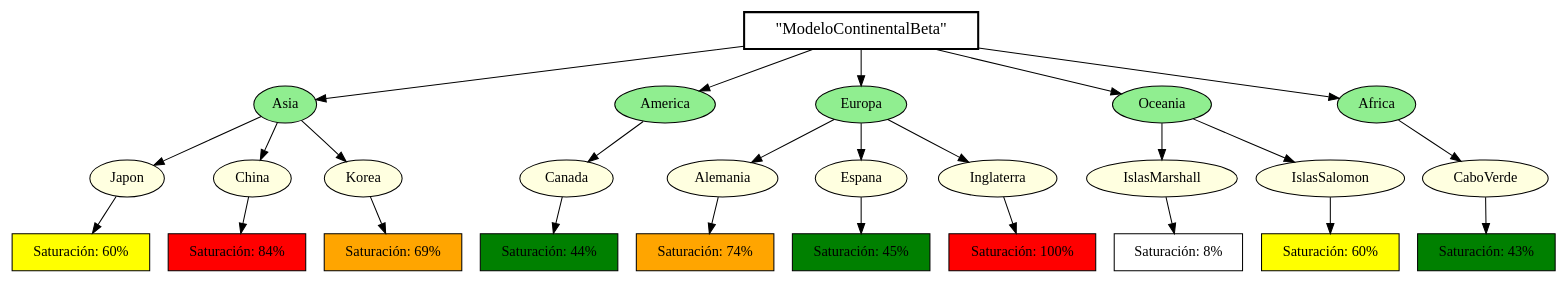
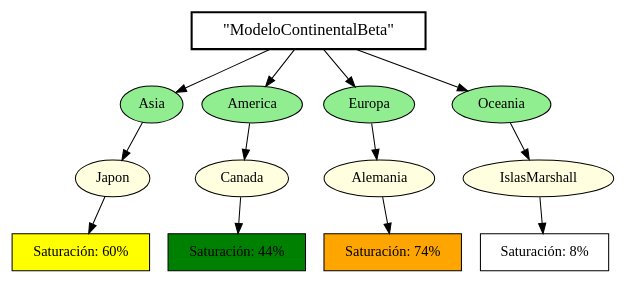
One commit to Emmagx/LFP-2S24Proyectos_202300848 changed the diagram in Proyecto 1 v2/src/fortran/grafo.dot. Above: the diagram before and after it, drawn with Graphviz. The commit also changed 26 other files, not shown here.

```diff
--- a/Proyecto 1 v2/src/fortran/grafo.dot
+++ b/Proyecto 1 v2/src/fortran/grafo.dot
@@ -1,54 +1,28 @@
 // "ModeloContinentalBeta"
 digraph {
 	grafico [label="\"ModeloContinentalBeta\"" fillcolor=lightblue fontsize=16 shape=box style=bold]
 	Asia [fillcolor=lightgreen shape=ellipse style=filled]
 	grafico -> Asia
 	Japon [fillcolor=lightyellow shape=ellipse style=filled]
 	Asia -> Japon
 	Japon_saturacion [label="Saturación: 60%" fillcolor=yellow shape=box style=filled]
 	Japon -> Japon_saturacion
-	China [fillcolor=lightyellow shape=ellipse style=filled]
-	Asia -> China
-	China_saturacion [label="Saturación: 84%" fillcolor=red shape=box style=filled]
-	China -> China_saturacion
-	Korea [fillcolor=lightyellow shape=ellipse style=filled]
-	Asia -> Korea
-	Korea_saturacion [label="Saturación: 69%" fillcolor=orange shape=box style=filled]
-	Korea -> Korea_saturacion
 	America [fillcolor=lightgreen shape=ellipse style=filled]
 	grafico -> America
 	Canada [fillcolor=lightyellow shape=ellipse style=filled]
 	America -> Canada
 	Canada_saturacion [label="Saturación: 44%" fillcolor=green shape=box style=filled]
 	Canada -> Canada_saturacion
 	Europa [fillcolor=lightgreen shape=ellipse style=filled]
 	grafico -> Europa
 	Alemania [fillcolor=lightyellow shape=ellipse style=filled]
 	Europa -> Alemania
 	Alemania_saturacion [label="Saturación: 74%" fillcolor=orange shape=box style=filled]
 	Alemania -> Alemania_saturacion
-	Espana [fillcolor=lightyellow shape=ellipse style=filled]
-	Europa -> Espana
-	Espana_saturacion [label="Saturación: 45%" fillcolor=green shape=box style=filled]
-	Espana -> Espana_saturacion
-	Inglaterra [fillcolor=lightyellow shape=ellipse style=filled]
-	Europa -> Inglaterra
-	Inglaterra_saturacion [label="Saturación: 100%" fillcolor=red shape=box style=filled]
-	Inglaterra -> Inglaterra_saturacion
 	Oceania [fillcolor=lightgreen shape=ellipse style=filled]
 	grafico -> Oceania
 	IslasMarshall [fillcolor=lightyellow shape=ellipse style=filled]
 	Oceania -> IslasMarshall
 	IslasMarshall_saturacion [label="Saturación: 8%" fillcolor=white shape=box style=filled]
 	IslasMarshall -> IslasMarshall_saturacion
-	IslasSalomon [fillcolor=lightyellow shape=ellipse style=filled]
-	Oceania -> IslasSalomon
-	IslasSalomon_saturacion [label="Saturación: 60%" fillcolor=yellow shape=box style=filled]
-	IslasSalomon -> IslasSalomon_saturacion
-	Africa [fillcolor=lightgreen shape=ellipse style=filled]
-	grafico -> Africa
-	CaboVerde [fillcolor=lightyellow shape=ellipse style=filled]
-	Africa -> CaboVerde
-	CaboVerde_saturacion [label="Saturación: 43%" fillcolor=green shape=box style=filled]
-	CaboVerde -> CaboVerde_saturacion
 }
```
